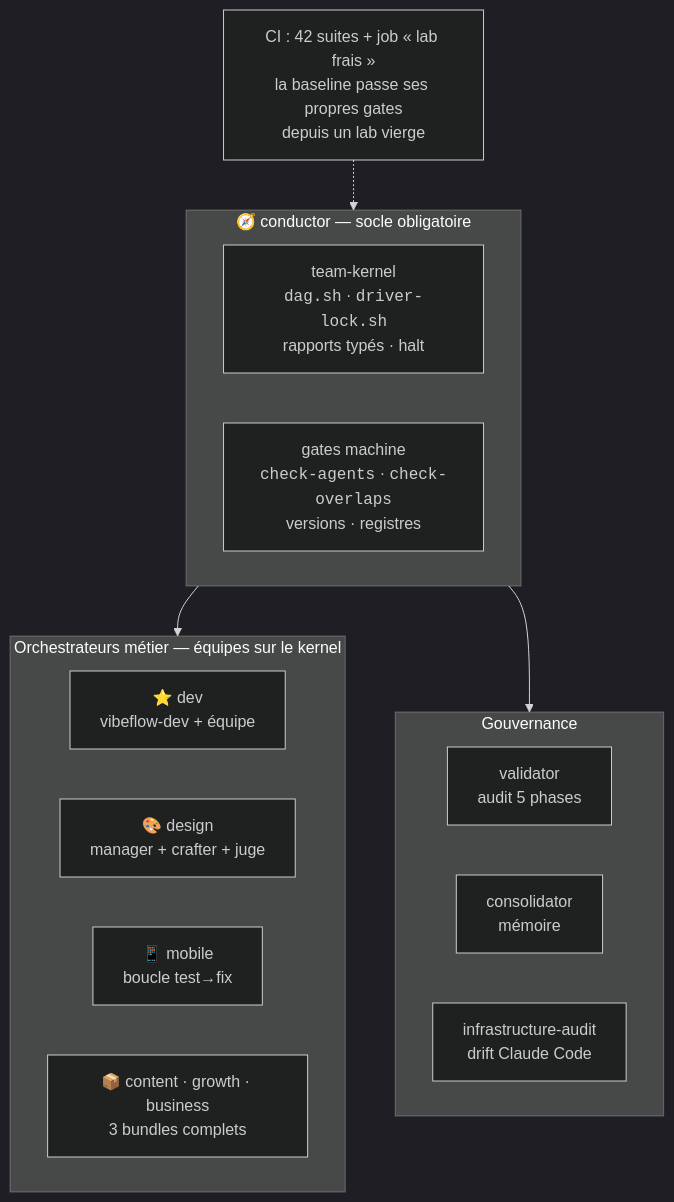
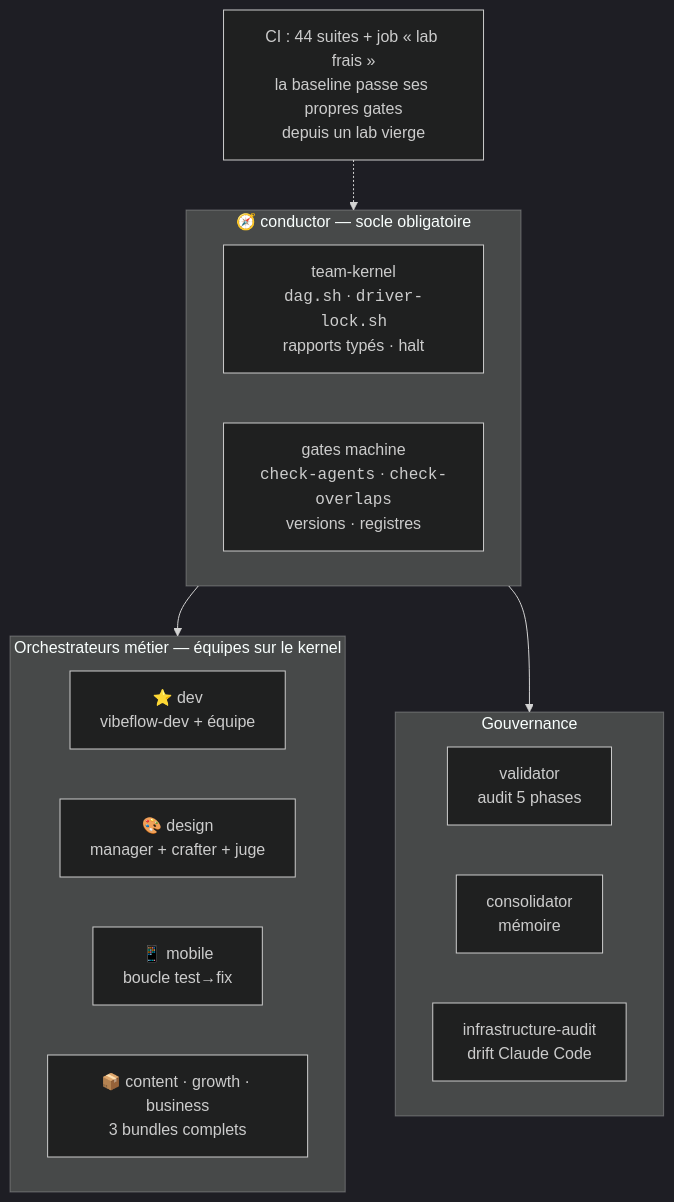
One commit to picmakpro/vibeflow-os changed the fourth of 4 diagrams in README.fr.md. Above: the diagram before and after it, drawn with Mermaid (dark theme). The commit also changed other lines of this file and 5 other files, not shown here.

````diff
--- a/README.fr.md
+++ b/README.fr.md
@@ -151,21 +151,21 @@
 ```mermaid
 flowchart TD
     subgraph socle["🧭 conductor — socle obligatoire"]
         K["team-kernel<br/><code>dag.sh</code> · <code>driver-lock.sh</code><br/>rapports typés · halt"]
         G["gates machine<br/><code>check-agents</code> · <code>check-overlaps</code><br/>versions · registres"]
     end
     subgraph orch["Orchestrateurs métier — équipes sur le kernel"]
         DEV["⭐ dev<br/>vibeflow-dev + équipe"]
         DES["🎨 design<br/>manager + crafter + juge"]
         MOB["📱 mobile<br/>boucle test→fix"]
         BIZ["📦 content · growth · business<br/>3 bundles complets"]
     end
     subgraph gouv["Gouvernance"]
         V["validator<br/>audit 5 phases"]
         CO["consolidator<br/>mémoire"]
         IA["infrastructure-audit<br/>drift Claude Code"]
     end
     socle --> orch
     socle --> gouv
-    CI["CI : 42 suites + job « lab frais »<br/>la baseline passe ses propres gates<br/>depuis un lab vierge"] -.-> socle
+    CI["CI : 44 suites + job « lab frais »<br/>la baseline passe ses propres gates<br/>depuis un lab vierge"] -.-> socle
 ```
````
